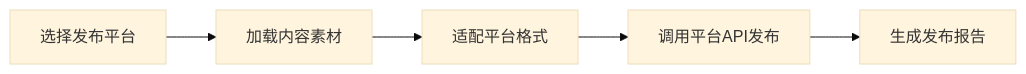
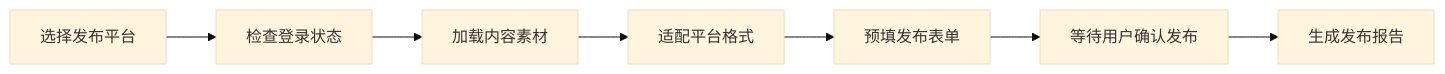
The diagram in commands/multi-publish.md (andyy1976/workbuddy-claw-wechat-publisher), drawn with Mermaid (base theme) before and after one commit. The commit also changed other lines of this file and 5 other files, not shown here.

````diff
--- a/commands/multi-publish.md
+++ b/commands/multi-publish.md
@@ -31,7 +31,9 @@
 ```mermaid
 graph LR
-A[选择发布平台] --> B[加载内容素材]
-B --> C[适配平台格式]
-C --> D[调用平台API发布]
-D --> E[生成发布报告]
+A[选择发布平台] --> B[检查登录状态]
+B --> C[加载内容素材]
+C --> D[适配平台格式]
+D --> E[预填发布表单]
+E --> F[等待用户确认发布]
+F --> G[生成发布报告]
 ```
````
